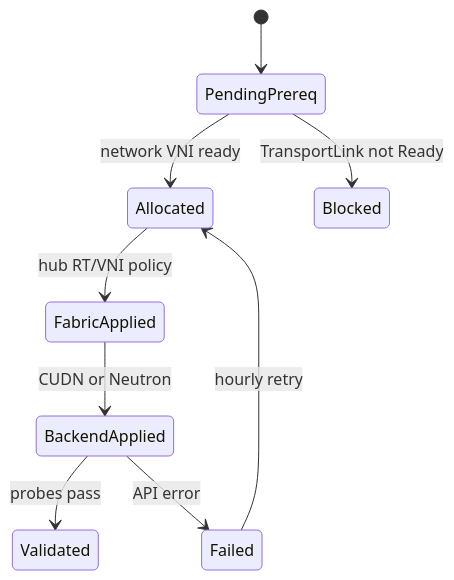
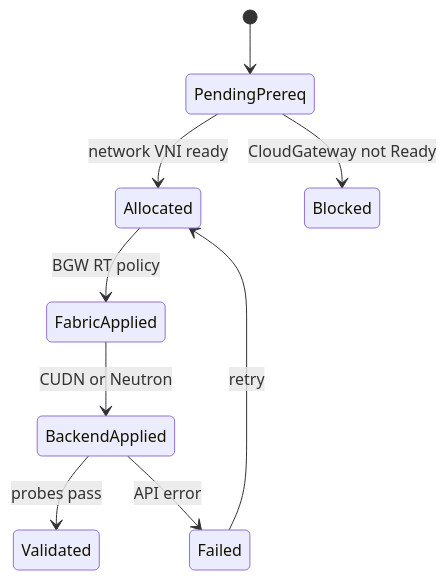
One commit to hybrid-sovereign-cloud/hybridcloud-demojam changed the seventh of 11 diagrams in design/fabric.md. Above: the diagram before and after it, drawn with Mermaid. The commit also changed other lines of this file and 9 other files, not shown here.

Commit message:
docs: workshop labs and design doc for the CloudInfrastructure model and the hub CloudVirt spoke

````diff
--- a/design/fabric.md
+++ b/design/fabric.md
@@ -469,11 +495,11 @@
 ```mermaid
 stateDiagram-v2
   [*] --> PendingPrereq
   PendingPrereq --> Allocated: network VNI ready
-  Allocated --> FabricApplied: hub RT/VNI policy
+  Allocated --> FabricApplied: BGW RT policy
   FabricApplied --> BackendApplied: CUDN or Neutron
   BackendApplied --> Validated: probes pass
-  PendingPrereq --> Blocked: TransportLink not Ready
+  PendingPrereq --> Blocked: CloudGateway not Ready
   BackendApplied --> Failed: API error
-  Failed --> Allocated: hourly retry
+  Failed --> Allocated: retry
 ```
````
